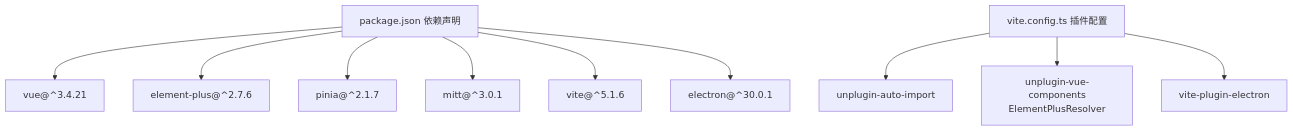
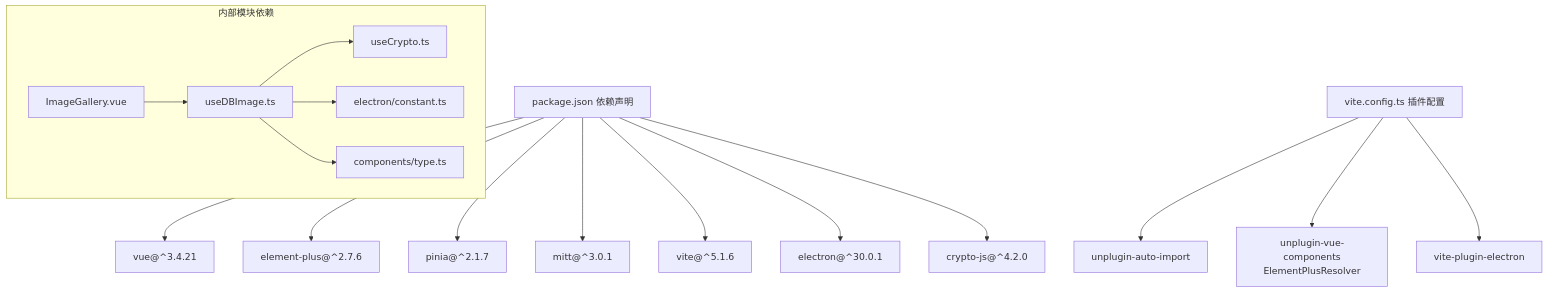
One commit to scgithub3220216/password-manager changed the eighth of 8 diagrams in .qoder/repowiki/zh/content/架构设计/前端Vue架构设计.md. Above: the diagram before and after it, drawn with Mermaid. The commit also changed other lines of this file and 9 other files, not shown here.

First line of the commit message:
feat(sync): 新增图像数据同步支持

````diff
--- a/.qoder/repowiki/zh/content/架构设计/前端Vue架构设计.md
+++ b/.qoder/repowiki/zh/content/架构设计/前端Vue架构设计.md
@@ -370,12 +484,19 @@
 ```mermaid
 graph TB
 Pkg["package.json 依赖声明"] --> Vue["vue@^3.4.21"]
 Pkg --> EP["element-plus@^2.7.6"]
 Pkg --> Pinia["pinia@^2.1.7"]
 Pkg --> Mitt["mitt@^3.0.1"]
 Pkg --> Vite["vite@^5.1.6"]
 Pkg --> Electron["electron@^30.0.1"]
+Pkg --> CryptoJS["crypto-js@^4.2.0"]
 Build["vite.config.ts 插件配置"] --> AutoImport["unplugin-auto-import"]
 Build --> CompResolver["unplugin-vue-components<br/>ElementPlusResolver"]
 Build --> ElectronPlugin["vite-plugin-electron"]
+subgraph "内部模块依赖"
+DBI["useDBImage.ts"] --> Crypto["useCrypto.ts"]
+DBI --> Const["electron/constant.ts"]
+DBI --> Type["components/type.ts"]
+IG["ImageGallery.vue"] --> DBI
+end
 ```
````
